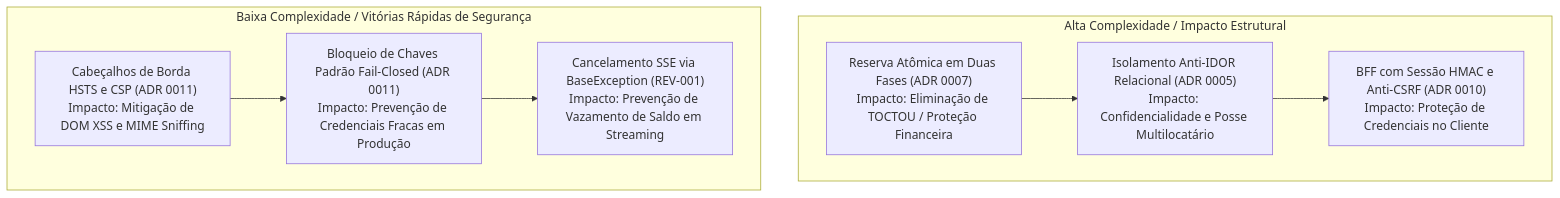
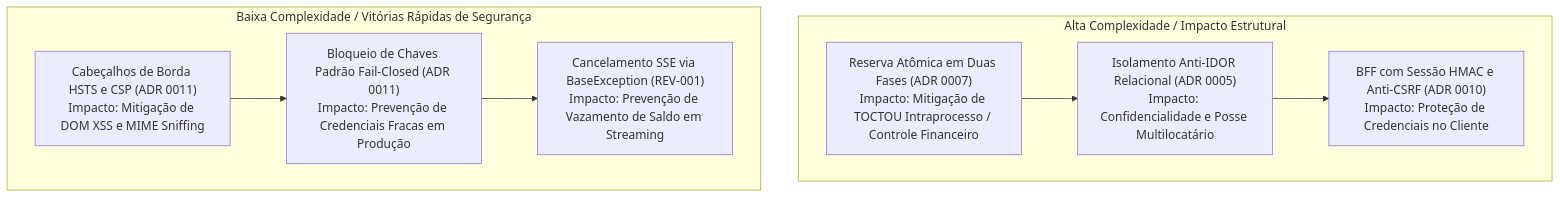
The fifth of 8 diagrams in docs/caderno_tecnico.md (AirtonNettu/reusable-ai-backend-architecture), drawn with Mermaid before and after one commit. The commit also changed other lines of this file, not shown here.

````diff
--- a/docs/caderno_tecnico.md
+++ b/docs/caderno_tecnico.md
@@ -291,17 +291,17 @@
 ```mermaid
 flowchart TD
     subgraph AltaComplexidade ["Alta Complexidade / Impacto Estrutural"]
-        D1["Reserva Atômica em Duas Fases (ADR 0007)<br/>Impacto: Eliminação de TOCTOU / Proteção Financeira"]
+        D1["Reserva Atômica em Duas Fases (ADR 0007)<br/>Impacto: Mitigação de TOCTOU Intraprocesso / Controle Financeiro"]
         D2["Isolamento Anti-IDOR Relacional (ADR 0005)<br/>Impacto: Confidencialidade e Posse Multilocatário"]
         D3["BFF com Sessão HMAC e Anti-CSRF (ADR 0010)<br/>Impacto: Proteção de Credenciais no Cliente"]
     end
 
     subgraph BaixaComplexidade ["Baixa Complexidade / Vitórias Rápidas de Segurança"]
         D4["Cabeçalhos de Borda HSTS e CSP (ADR 0011)<br/>Impacto: Mitigação de DOM XSS e MIME Sniffing"]
         D5["Bloqueio de Chaves Padrão Fail-Closed (ADR 0011)<br/>Impacto: Prevenção de Credenciais Fracas em Produção"]
         D6["Cancelamento SSE via BaseException (REV-001)<br/>Impacto: Prevenção de Vazamento de Saldo em Streaming"]
     end
 
     D1 --> D2 --> D3
     D4 --> D5 --> D6
 ```
````
